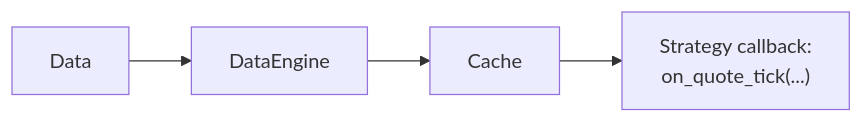
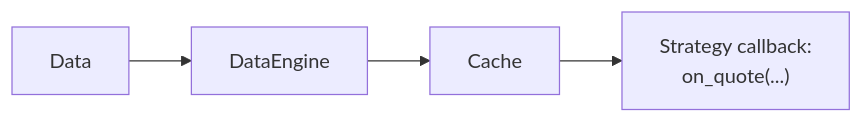
One commit to nautechsystems/nautilus_trader changed the diagram in docs/concepts/cache.md. Above: the diagram before and after it, drawn with Mermaid. The commit also changed other lines of this file and 163 other files, not shown here.

````diff
--- a/docs/concepts/cache.md
+++ b/docs/concepts/cache.md
@@ -29,9 +29,9 @@
 ```mermaid
 flowchart LR
     data[Data]
     engine[DataEngine]
     cache[Cache]
-    callback["Strategy callback:<br/>on_quote_tick(...)"]
+    callback["Strategy callback:<br/>on_quote(...)"]
 
     data --> engine --> cache --> callback
 ```
````
